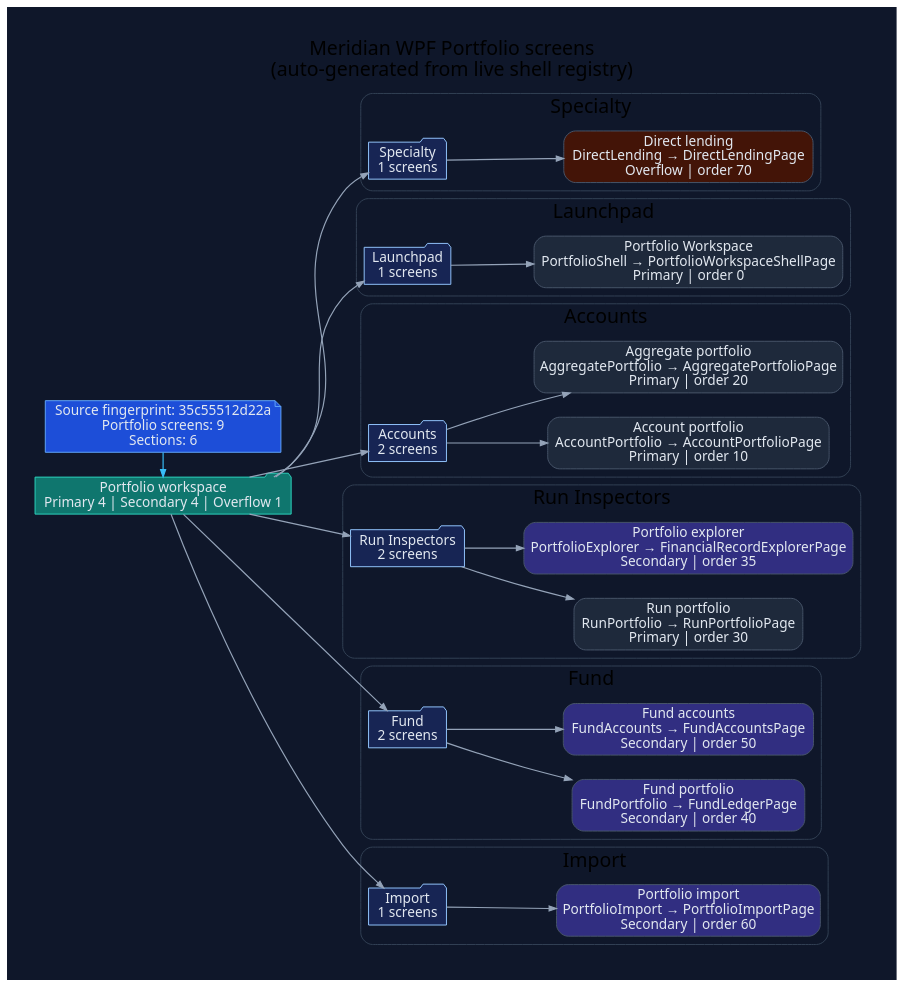
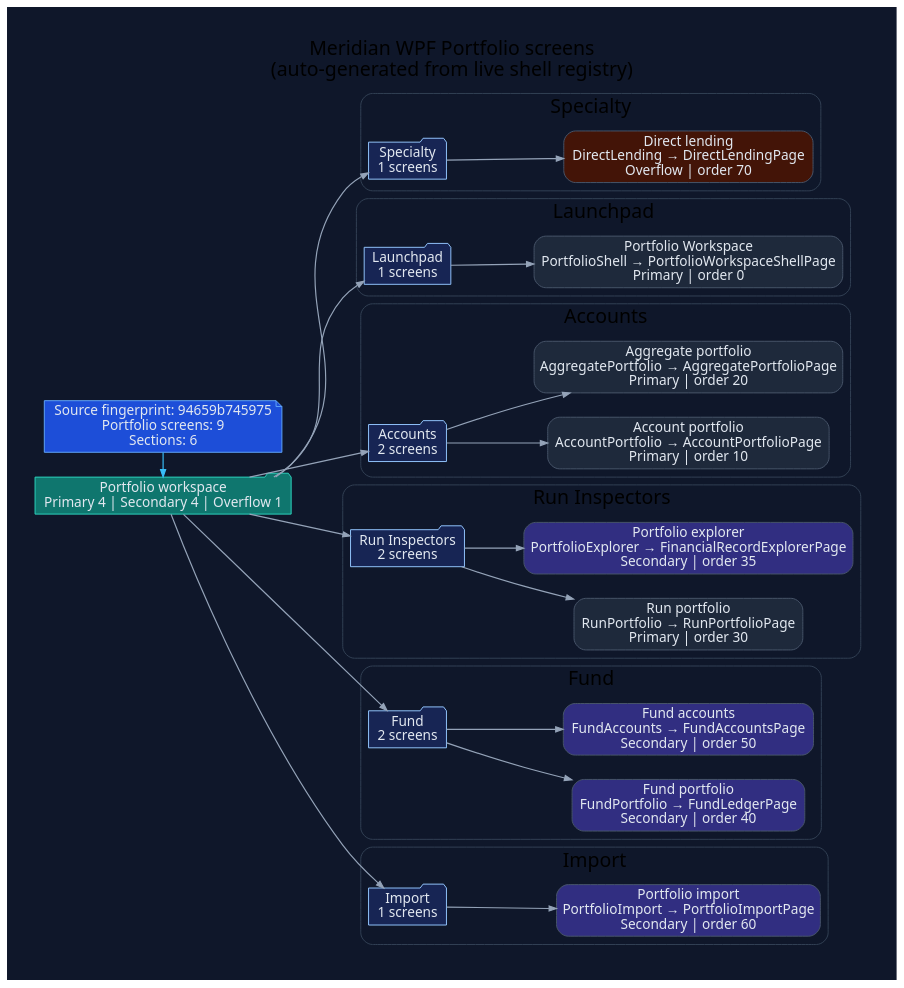
One commit to rodoHasArrived/Meridian-main changed the diagram in docs/diagrams/ui/ui-wpf-screens-portfolio.dot. Above: the diagram before and after it, drawn with Graphviz. The commit also changed 68 other files, not shown here.

```diff
--- a/docs/diagrams/ui/ui-wpf-screens-portfolio.dot
+++ b/docs/diagrams/ui/ui-wpf-screens-portfolio.dot
@@ -1,92 +1,92 @@
 // -----------------------------------------------------------------------------
 // <auto-generated>
 // Generated by scripts/generate-diagrams.mjs.
 // Do not edit this file directly; update the WPF source files instead.
 // -----------------------------------------------------------------------------
 digraph WpfPortfolioScreens {
   graph [
     rankdir=LR,
     labelloc=t,
     label="Meridian WPF Portfolio screens\n(auto-generated from live shell registry)",
     fontname="Segoe UI",
     fontsize=20,
     pad=0.4,
     nodesep=0.35,
     ranksep=0.85,
     bgcolor="#0f172a"
   ];
   node [fontname="Segoe UI", shape=box, style="rounded,filled", color="#475569", fontcolor="#e2e8f0", fillcolor="#1e293b"];
   edge [fontname="Segoe UI", color="#94a3b8", penwidth=1.2, arrowsize=0.75];
 
-  generated [shape=note, fillcolor="#1d4ed8", color="#60a5fa", label="Source fingerprint: 35c55512d22a\nPortfolio screens: 9\nSections: 6"];
+  generated [shape=note, fillcolor="#1d4ed8", color="#60a5fa", label="Source fingerprint: 94659b745975\nPortfolio screens: 9\nSections: 6"];
   workspace [shape=folder, fillcolor="#0f766e", color="#2dd4bf", label="Portfolio workspace\nPrimary 4 | Secondary 4 | Overflow 1"];
   generated -> workspace [color="#38bdf8"];
 
   subgraph cluster_section_1 {
     label="Specialty";
     color="#334155";
     style="rounded";
     section_1 [shape=folder, fillcolor="#172554", color="#93c5fd", label="Specialty\n1 screens"];
     workspace -> section_1;
     screen_DirectLending [fillcolor="#431407", label="Direct lending\nDirectLending → DirectLendingPage\nOverflow | order 70"];
     section_1 -> screen_DirectLending;
   }
 
   subgraph cluster_section_2 {
     label="Launchpad";
     color="#334155";
     style="rounded";
     section_2 [shape=folder, fillcolor="#172554", color="#93c5fd", label="Launchpad\n1 screens"];
     workspace -> section_2;
     screen_PortfolioShell [fillcolor="#1e293b", label="Portfolio Workspace\nPortfolioShell → PortfolioWorkspaceShellPage\nPrimary | order 0"];
     section_2 -> screen_PortfolioShell;
   }
 
   subgraph cluster_section_3 {
     label="Accounts";
     color="#334155";
     style="rounded";
     section_3 [shape=folder, fillcolor="#172554", color="#93c5fd", label="Accounts\n2 screens"];
     workspace -> section_3;
     screen_AccountPortfolio [fillcolor="#1e293b", label="Account portfolio\nAccountPortfolio → AccountPortfolioPage\nPrimary | order 10"];
     section_3 -> screen_AccountPortfolio;
     screen_AggregatePortfolio [fillcolor="#1e293b", label="Aggregate portfolio\nAggregatePortfolio → AggregatePortfolioPage\nPrimary | order 20"];
     section_3 -> screen_AggregatePortfolio;
   }
 
   subgraph cluster_section_4 {
     label="Run Inspectors";
     color="#334155";
     style="rounded";
     section_4 [shape=folder, fillcolor="#172554", color="#93c5fd", label="Run Inspectors\n2 screens"];
     workspace -> section_4;
     screen_RunPortfolio [fillcolor="#1e293b", label="Run portfolio\nRunPortfolio → RunPortfolioPage\nPrimary | order 30"];
     section_4 -> screen_RunPortfolio;
     screen_PortfolioExplorer [fillcolor="#312e81", label="Portfolio explorer\nPortfolioExplorer → FinancialRecordExplorerPage\nSecondary | order 35"];
     section_4 -> screen_PortfolioExplorer;
   }
 
   subgraph cluster_section_5 {
     label="Fund";
     color="#334155";
     style="rounded";
     section_5 [shape=folder, fillcolor="#172554", color="#93c5fd", label="Fund\n2 screens"];
     workspace -> section_5;
     screen_FundPortfolio [fillcolor="#312e81", label="Fund portfolio\nFundPortfolio → FundLedgerPage\nSecondary | order 40"];
     section_5 -> screen_FundPortfolio;
     screen_FundAccounts [fillcolor="#312e81", label="Fund accounts\nFundAccounts → FundAccountsPage\nSecondary | order 50"];
     section_5 -> screen_FundAccounts;
   }
 
   subgraph cluster_section_6 {
     label="Import";
     color="#334155";
     style="rounded";
     section_6 [shape=folder, fillcolor="#172554", color="#93c5fd", label="Import\n1 screens"];
     workspace -> section_6;
     screen_PortfolioImport [fillcolor="#312e81", label="Portfolio import\nPortfolioImport → PortfolioImportPage\nSecondary | order 60"];
     section_6 -> screen_PortfolioImport;
   }
 
   { rank=min; generated; workspace; }
 }
```
